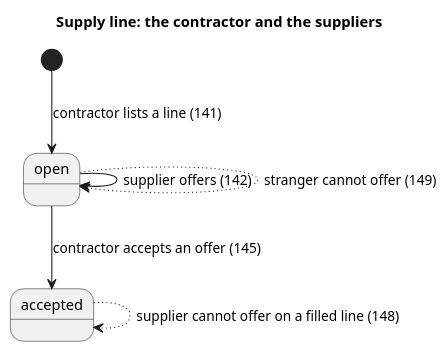
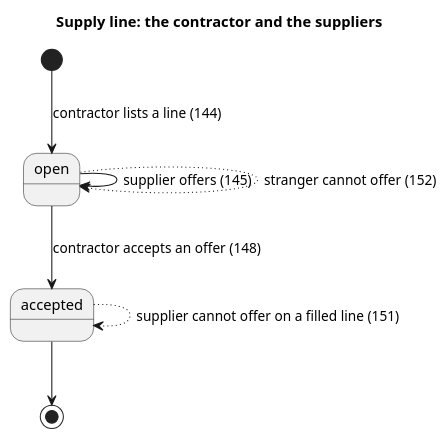
One commit to blueshed/dzql changed the diagram in uml/londons/src/supply-line.puml. Above: the diagram before and after it, drawn with PlantUML. The commit also changed 10 other files, not shown here.

```diff
--- a/uml/londons/src/supply-line.puml
+++ b/uml/londons/src/supply-line.puml
@@ -1,8 +1,9 @@
 @startuml
 title Supply line: the contractor and the suppliers
-[*] --> open : contractor lists a line (141)
-open --> open : supplier offers (142)
-open --> accepted : contractor accepts an offer (145)
-accepted -[dotted]-> accepted : supplier cannot offer on a filled line (148)
-open -[dotted]-> open : stranger cannot offer (149)
+[*] --> open : contractor lists a line (144)
+open --> open : supplier offers (145)
+open --> accepted : contractor accepts an offer (148)
+accepted -[dotted]-> accepted : supplier cannot offer on a filled line (151)
+open -[dotted]-> open : stranger cannot offer (152)
+accepted --> [*]
 @enduml
```
